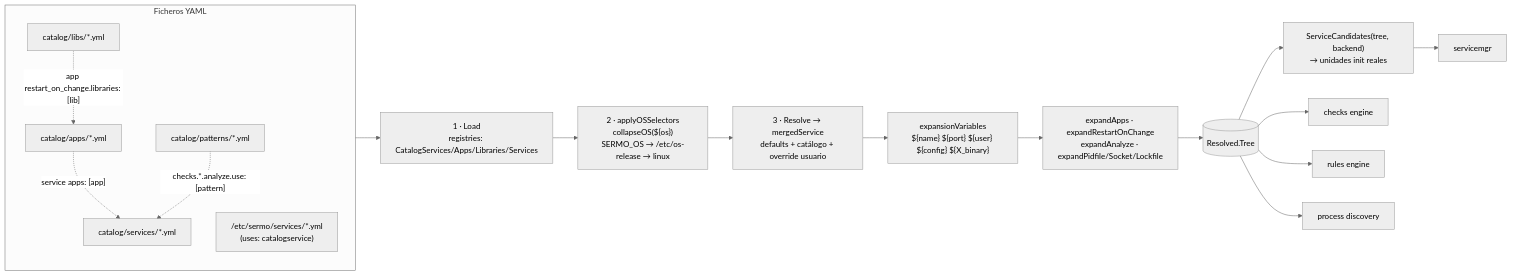
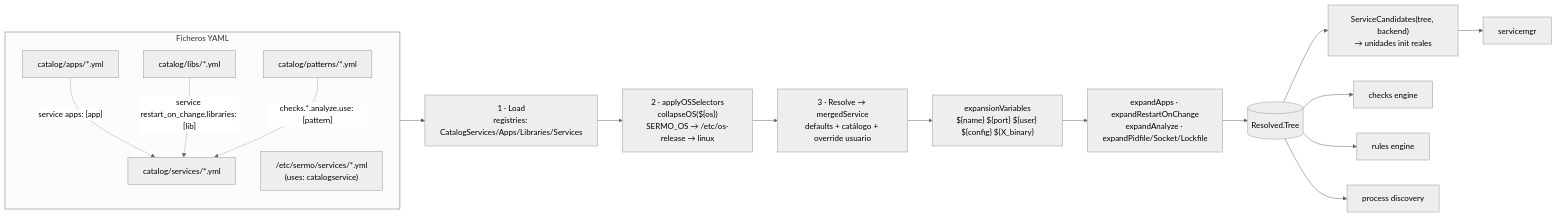
One commit to inode64/Sermo changed the second of 6 diagrams in docs/architecture.es.md. Above: the diagram before and after it, drawn with Mermaid (neutral theme). The commit also changed other lines of this file and 16 other files, not shown here.

Commit message:
feat: add restart_on_change support for linked apps in service configurations

````diff
--- a/docs/architecture.es.md
+++ b/docs/architecture.es.md
@@ -90,27 +90,27 @@
 ```mermaid
 flowchart LR
   subgraph files["Ficheros YAML"]
     S["catalog/services/*.yml"]
     A["catalog/apps/*.yml"]
     L["catalog/libs/*.yml"]
     P["catalog/patterns/*.yml"]
     U["/etc/sermo/services/*.yml<br/>(uses: catalogservice)"]
   end
 
   files --> LOAD["1 · Load<br/>registries: CatalogServices/Apps/Libraries/Services"]
   LOAD --> OSC["2 · applyOSSelectors<br/>collapseOS(${os})<br/>SERMO_OS → /etc/os-release → linux"]
   OSC --> MERGE["3 · Resolve → mergedService<br/>defaults + catálogo + override usuario"]
   MERGE --> VARS["expansionVariables<br/>${name} ${port} ${user} ${config} ${X_binary}"]
   VARS --> EXP["expandApps · expandRestartOnChange<br/>expandAnalyze · expandPidfile/Socket/Lockfile"]
   EXP --> TREE[("Resolved.Tree")]
 
   TREE --> SC["ServiceCandidates(tree, backend)<br/>→ unidades init reales"]
   SC --> SMc["servicemgr"]
   TREE --> CHKc["checks engine"]
   TREE --> RULc["rules engine"]
   TREE --> PROCc["process discovery"]
 
   A -. "service apps: [app]" .-> S
-  L -. "app restart_on_change.libraries: [lib]" .-> A
+  L -. "service restart_on_change.libraries: [lib]" .-> S
   P -. "checks.*.analyze.use: [pattern]" .-> S
 ```
````
